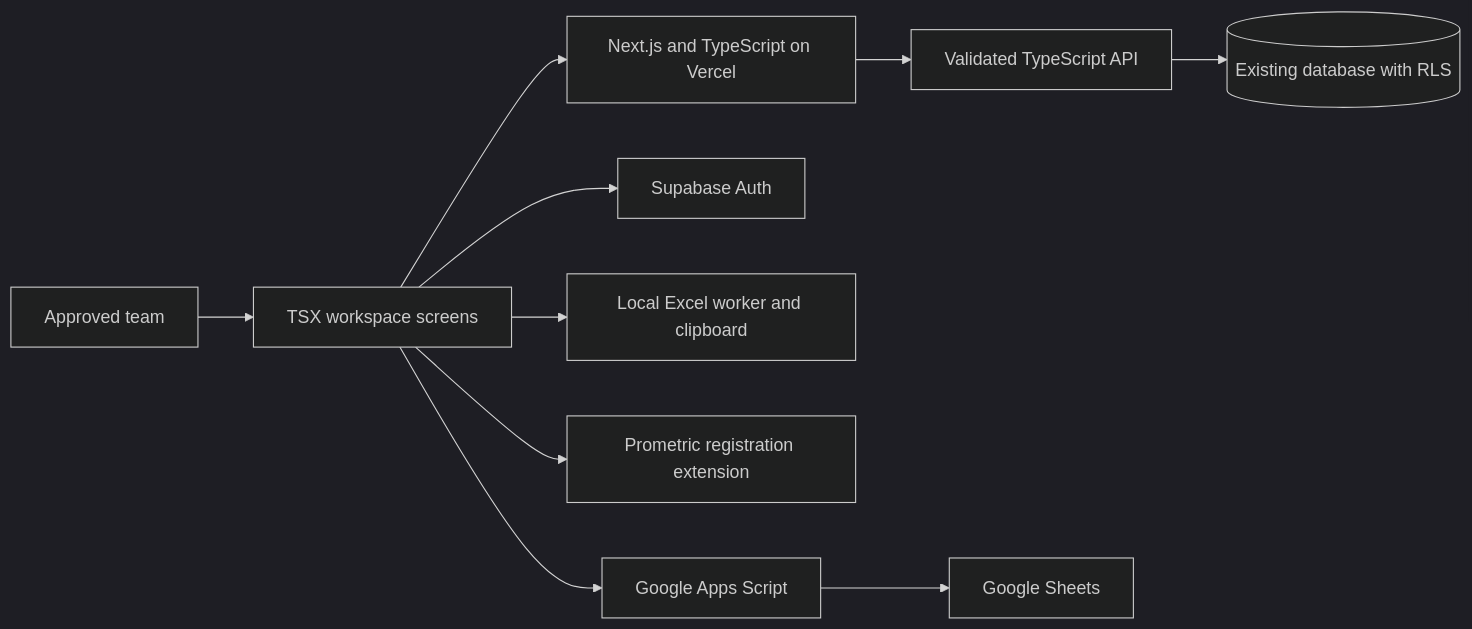
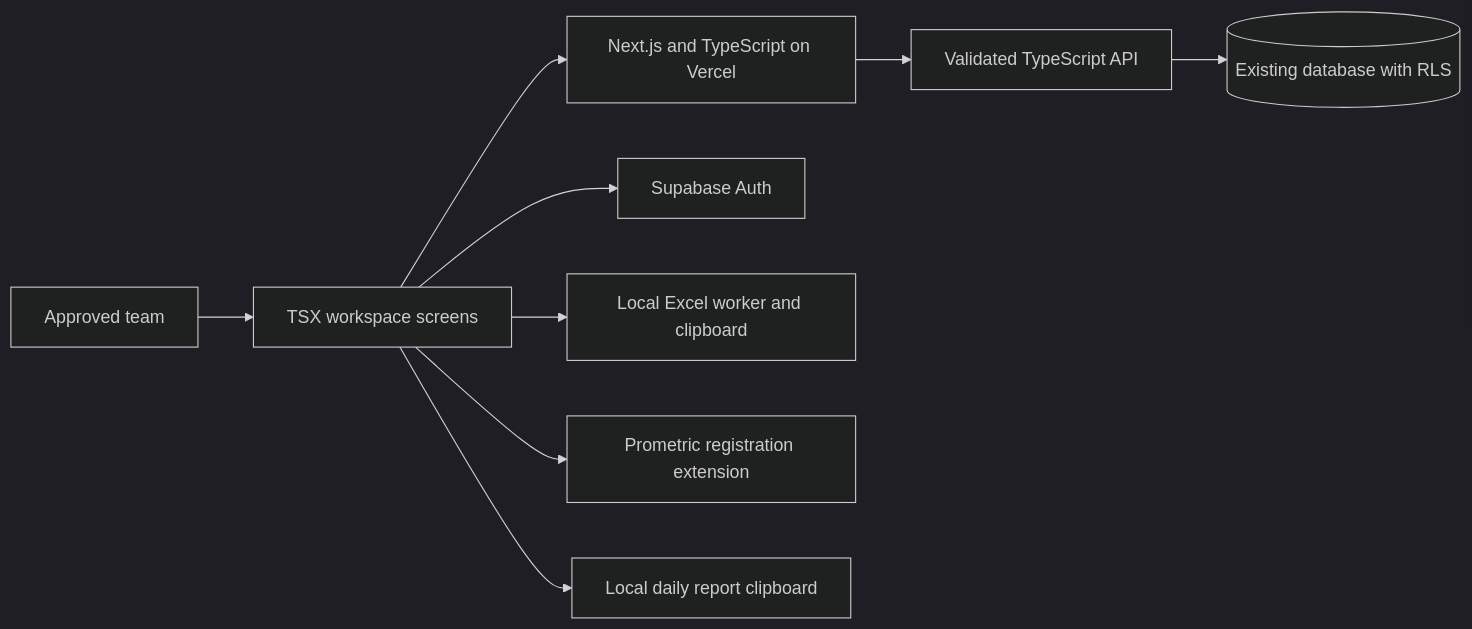
One commit to salahmostava-sys/Trainflow changed the diagram in README.md. Above: the diagram before and after it, drawn with Mermaid (dark theme). The commit also changed other lines of this file and 26 other files, not shown here.

```diff
--- a/README.md
+++ b/README.md
@@ -79,12 +79,11 @@
 ~~~mermaid
 flowchart LR
     Team[Approved team] --> UI[TSX workspace screens]
     UI --> Next[Next.js and TypeScript on Vercel]
     UI --> Auth[Supabase Auth]
     Next --> API[Validated TypeScript API]
     API --> DB[(Existing database with RLS)]
     UI --> Files[Local Excel worker and clipboard]
     UI --> Chrome[Prometric registration extension]
-    UI --> Reports[Google Apps Script]
-    Reports --> Sheets[Google Sheets]
+    UI --> Reports[Local daily report clipboard]
 ~~~
```
